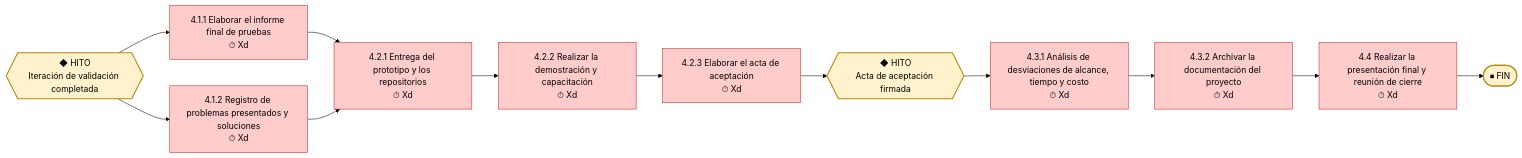
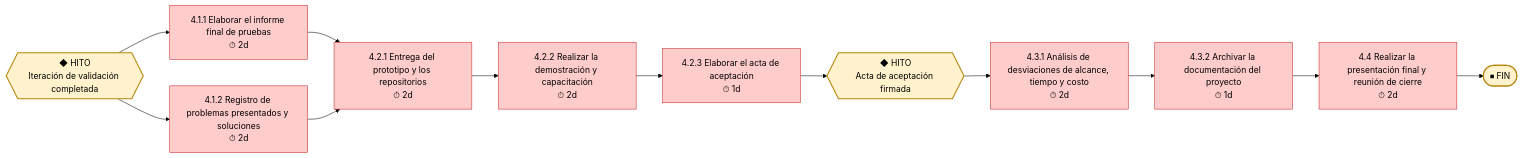
Before and after one commit to joaquinmachado11/plan-proyecto-gp-uner: the fourth of 4 diagrams in docs/02-wbs-estimaciones/red-de-tareas.md, drawn with Mermaid (forest theme). The commit also changed other lines of this file, not shown here.

Commit message:
Corrección red de tareas y análisis de camino crítico

````diff
--- a/docs/02-wbs-estimaciones/red-de-tareas.md
+++ b/docs/02-wbs-estimaciones/red-de-tareas.md
@@ -240,42 +270,48 @@
 ```mermaid
 flowchart LR
     H4{{"◆ HITO\nIteración de validación completada"}}
 
-    T411["4.1.1 Elaborar el informe final de pruebas\n⏱ Xd"]
-    T412["4.1.2 Registro de problemas presentados y soluciones\n⏱ Xd"]
+    T411["4.1.1 Elaborar el informe final de pruebas\n⏱ 2d"]
+    T412["4.1.2 Registro de problemas presentados y soluciones\n⏱ 2d"]
 
-    T421["4.2.1 Entrega del prototipo y los repositorios\n⏱ Xd"]
-    T422["4.2.2 Realizar la demostración y capacitación\n⏱ Xd"]
-    T423["4.2.3 Elaborar el acta de aceptación\n⏱ Xd"]
+    T421["4.2.1 Entrega del prototipo y los repositorios\n⏱ 2d"]
+    T422["4.2.2 Realizar la demostración y capacitación\n⏱ 2d"]
+    T423["4.2.3 Elaborar el acta de aceptación\n⏱ 1d"]
 
     H5{{"◆ HITO\nActa de aceptación firmada"}}
 
-    T431["4.3.1 Análisis de desviaciones de alcance, tiempo y costo\n⏱ Xd"]
-    T432["4.3.2 Archivar la documentación del proyecto\n⏱ Xd"]
-    T44["4.4 Realizar la presentación final y reunión de cierre\n⏱ Xd"]
+    T431["4.3.1 Análisis de desviaciones de alcance, tiempo y costo\n⏱ 2d"]
+    T432["4.3.2 Archivar la documentación del proyecto\n⏱ 1d"]
+    T44["4.4 Realizar la presentación final y reunión de cierre\n⏱ 2d"]
 
     END(["⏹ FIN"])
 
     H4 --> T411
     H4 --> T412
 
     T411 --> T421
     T412 --> T421
 
     T421 --> T422
     T422 --> T423
 
     T423 --> H5
 
     H5 --> T431
     T431 --> T432
     T432 --> T44
 
     T44 --> END
 
-    classDef tarea fill:#FFCCCC,stroke:#C62828,color:#000000
     classDef hito fill:#FFF2CC,stroke:#B8860B,stroke-width:2px,color:#000000
     class H4,H5,END hito
-    class T411,T412,T421,T422,T423,T431,T432,T44 tarea
 
+    style T411 fill:#FFCCCC,stroke:#C62828
+    style T412 fill:#FFCCCC,stroke:#C62828
+    style T421 fill:#FFCCCC,stroke:#C62828
+    style T422 fill:#FFCCCC,stroke:#C62828
+    style T423 fill:#FFCCCC,stroke:#C62828
+    style T431 fill:#FFCCCC,stroke:#C62828
+    style T432 fill:#FFCCCC,stroke:#C62828
+    style T44 fill:#FFCCCC,stroke:#C62828
 ```
````
